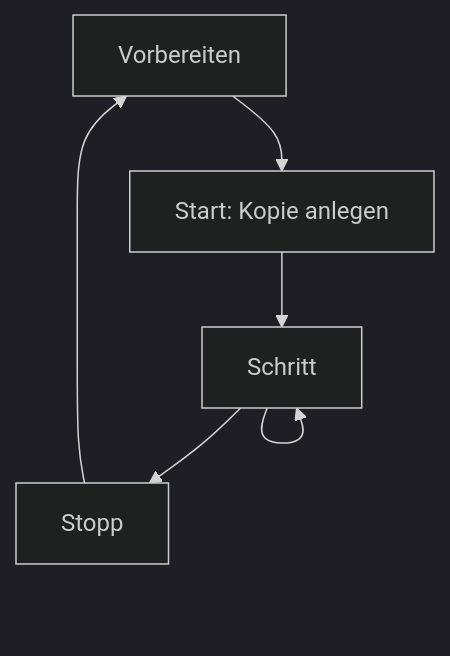
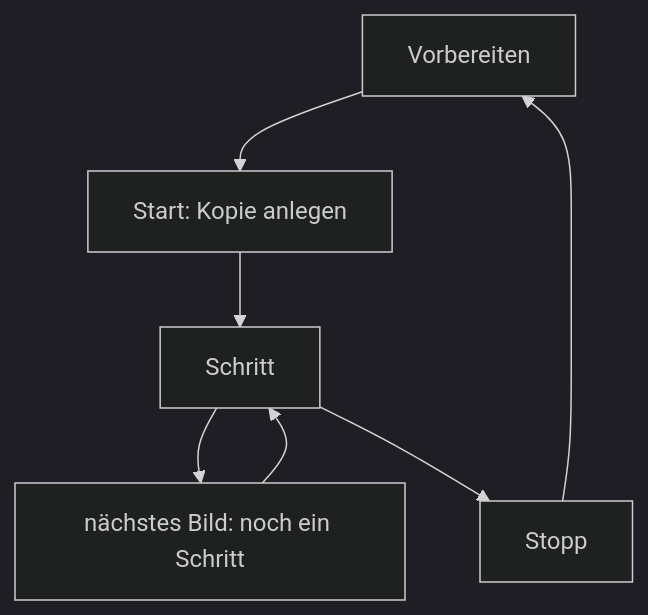
The first of 4 diagrams in kern/docs/buch-gelb/08-spiel-laufzeit.md (ChristianHohlfeld/kernengine.de), drawn with Mermaid (dark theme) before and after one commit. The commit also changed other lines of this file and 19 other files, not shown here.

````diff
--- a/kern/docs/buch-gelb/08-spiel-laufzeit.md
+++ b/kern/docs/buch-gelb/08-spiel-laufzeit.md
@@ -36,8 +36,10 @@
 ```mermaid
+%% Bildunterschrift: Das Leben eines Spiels: vorbereiten, starten, Schritt für Schritt rechnen, stoppen
 flowchart TB
   A[Vorbereiten] --> B[Start: Kopie anlegen]
   B --> C[Schritt]
-  C --> C
+  C --> R[nächstes Bild: noch ein Schritt]
+  R --> C
   C --> D[Stopp]
   D --> A
 ```
````
